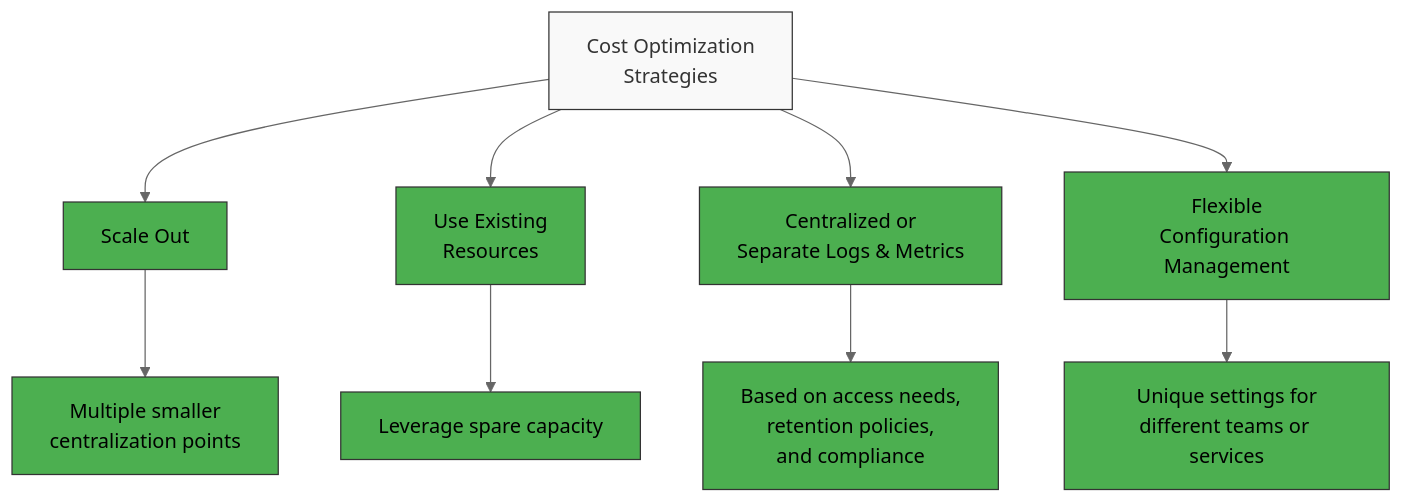
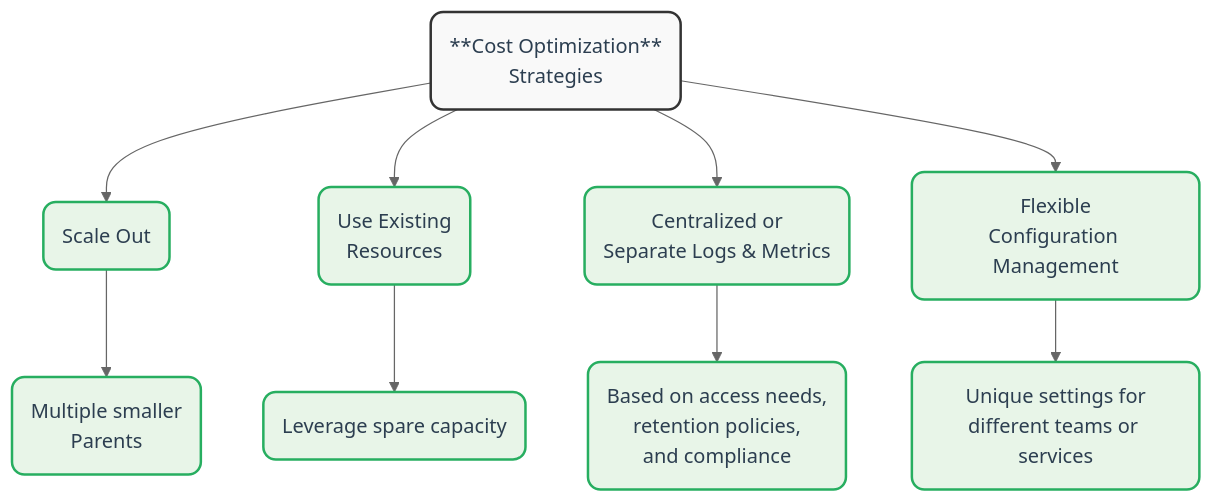
One commit to netdata/netdata changed the second of 2 diagrams in docs/observability-centralization-points/best-practices.md. Above: the diagram before and after it, drawn with Mermaid (neutral theme). The commit also changed other lines of this file and 7 other files, not shown here.

Commit message:
Deployment Guides: add and update documentation for deployment strategies and centralization

````diff
--- a/docs/observability-centralization-points/best-practices.md
+++ b/docs/observability-centralization-points/best-practices.md
@@ -41,17 +66,38 @@
 ```mermaid
-graph TD
-    A[Cost Optimization<br>Strategies] --> B[Scale Out]
-    A --> C[Use Existing<br>Resources]
-    A --> D[Centralized or<br>Separate Logs & Metrics]
-    A --> E[Flexible<br>Configuration Management]
+flowchart TB
+    A[A]
+    B[B]
+    C[C]
+    D[D]
+    E[E]
+    B1[B1]
+    C1[C1]
+    D1[D1]
+    E1[E1]
     
-    B --> B1[Multiple smaller<br>centralization points]
-    C --> C1[Leverage spare capacity]
-    D --> D1[Based on access needs,<br>retention policies,<br>and compliance]
-    E --> E1[Unique settings for<br>different teams or services]
+    A("**Cost Optimization**<br/>Strategies")
+    B("Scale Out")
+    C("Use Existing<br/>Resources")
+    D("Centralized or<br/>Separate Logs & Metrics")
+    E("Flexible<br/>Configuration Management")
     
-classDef default fill:#f9f9f9,stroke:#333,stroke-width:1px,color:#333;
-classDef green fill:#4caf50,stroke:#333,stroke-width:1px,color:black;
-class A default;
-class B,C,D,E,B1,C1,D1,E1 green;
+    B1("Multiple smaller<br/>Parents")
+    C1("Leverage spare capacity")
+    D1("Based on access needs,<br/>retention policies,<br/>and compliance")
+    E1("Unique settings for<br/>different teams or services")
+    
+    A --> B
+    A --> C
+    A --> D
+    A --> E
+    
+    B --> B1
+    C --> C1
+    D --> D1
+    E --> E1
+    
+    classDef default fill:#f9f9f9,stroke:#333,stroke-width:2px,color:#2c3e50,rx:10,ry:10
+    classDef strategies fill:#e8f5e8,stroke:#27ae60,stroke-width:2px,color:#2c3e50,rx:10,ry:10
+    class A default
+    class B,C,D,E,B1,C1,D1,E1 strategies
 ```
````
